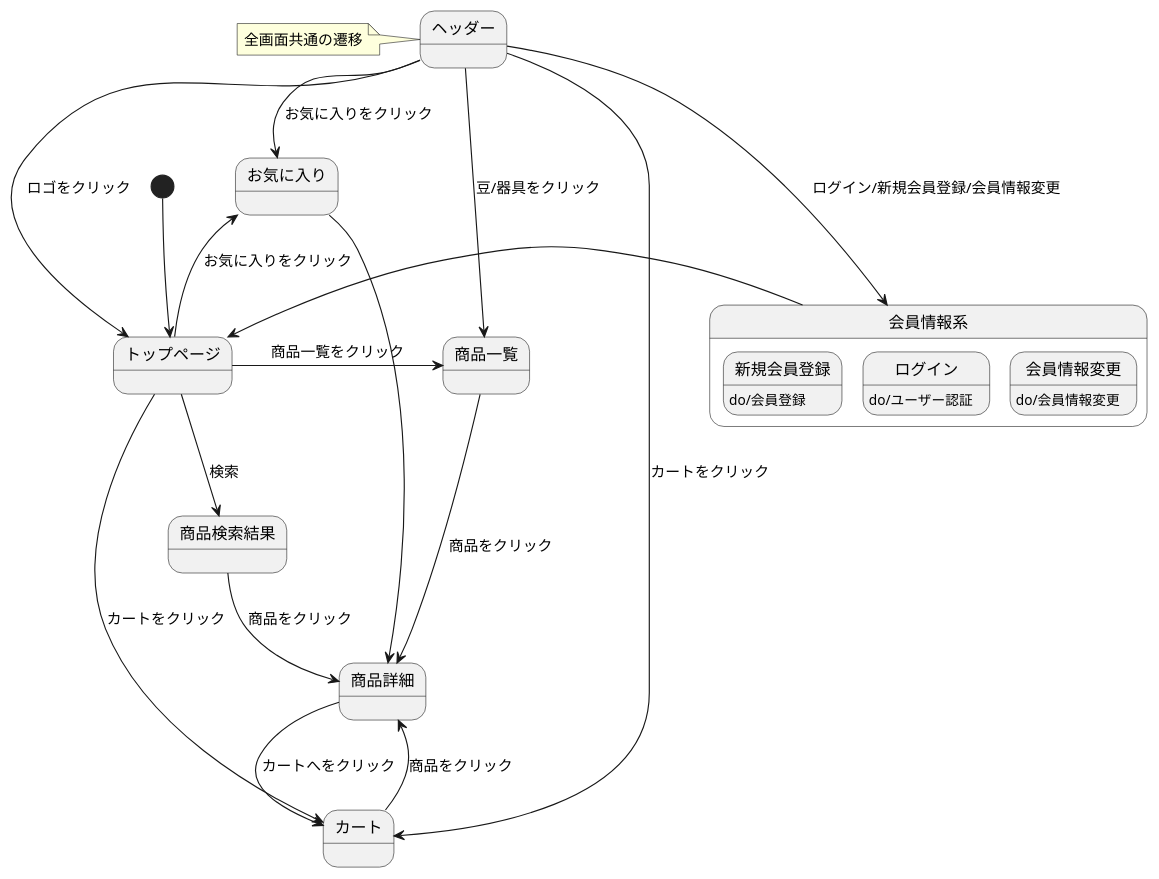
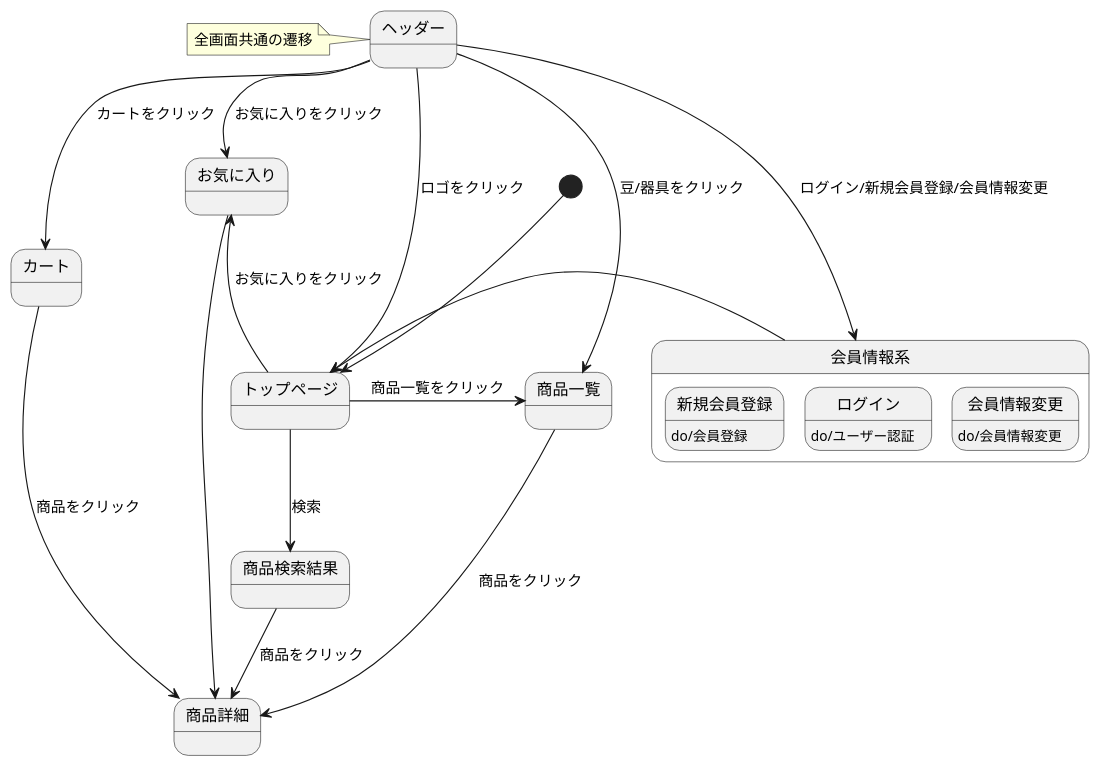
Before and after one commit to Aso2101122/coffeeEC: the diagram in 03_画面遷移図/stm_03.md, drawn with PlantUML.

````diff
--- a/03_画面遷移図/stm_03.md
+++ b/03_画面遷移図/stm_03.md
@@ -2,32 +2,30 @@
 ```uml
 @startuml
 [*]-down->トップページ
 トップページ-->商品検索結果: 検索
 トップページ-right->商品一覧: 商品一覧をクリック
 商品一覧->商品詳細: 商品をクリック
 商品検索結果-down->商品詳細: 商品をクリック
-商品詳細-->カート: カートへをクリック
 トップページ--up>お気に入り: お気に入りをクリック
 お気に入り-down->商品詳細
-トップページ-->カート: カートをクリック
 カート->商品詳細: 商品をクリック
 
 state ヘッダー{
 }
 note left of ヘッダー: 全画面共通の遷移
 
 
 ヘッダー-down->トップページ: ロゴをクリック
 ヘッダー-down->商品一覧: 豆/器具をクリック
 ヘッダー-down->会員情報系: ログイン/新規会員登録/会員情報変更
 ヘッダー-down->お気に入り: お気に入りをクリック
 ヘッダー-down->カート: カートをクリック
 
 state 会員情報系{
 新規会員登録 : do/会員登録
 ログイン : do/ユーザー認証
 会員情報変更 : do/会員情報変更
 }
 会員情報系-left->トップページ
 @enduml
 ```
````
